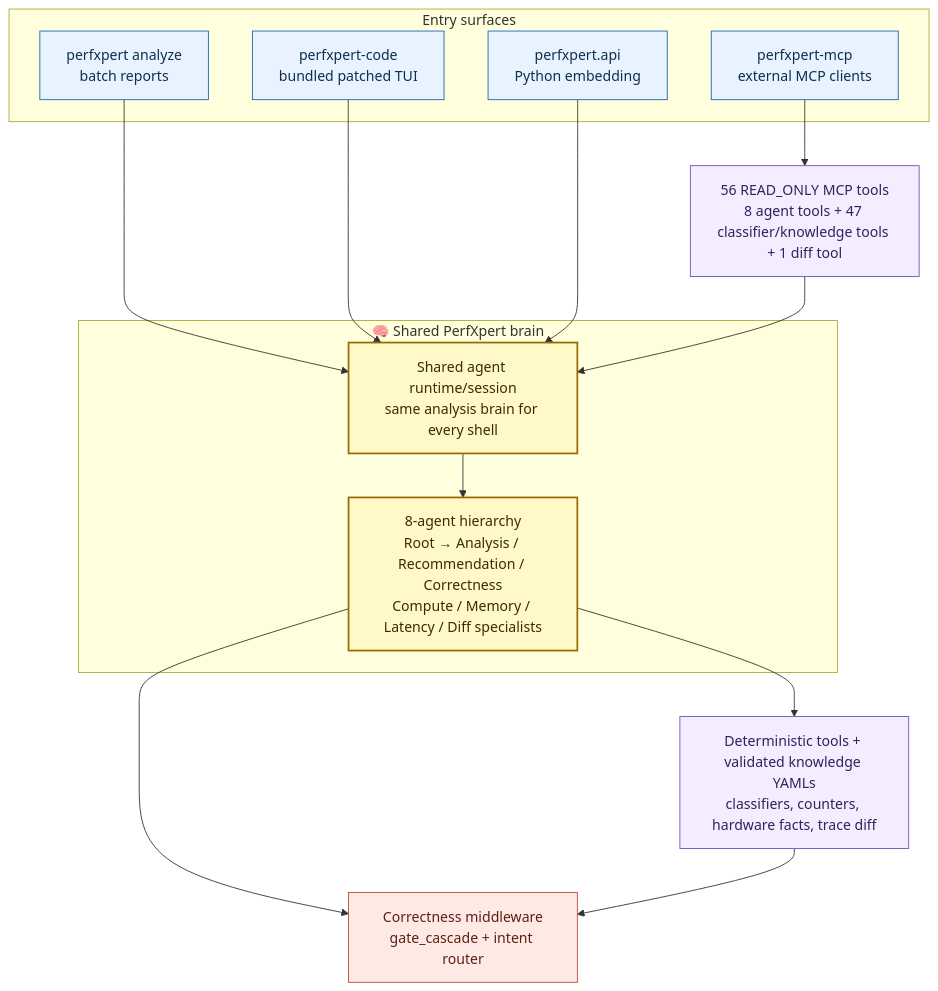
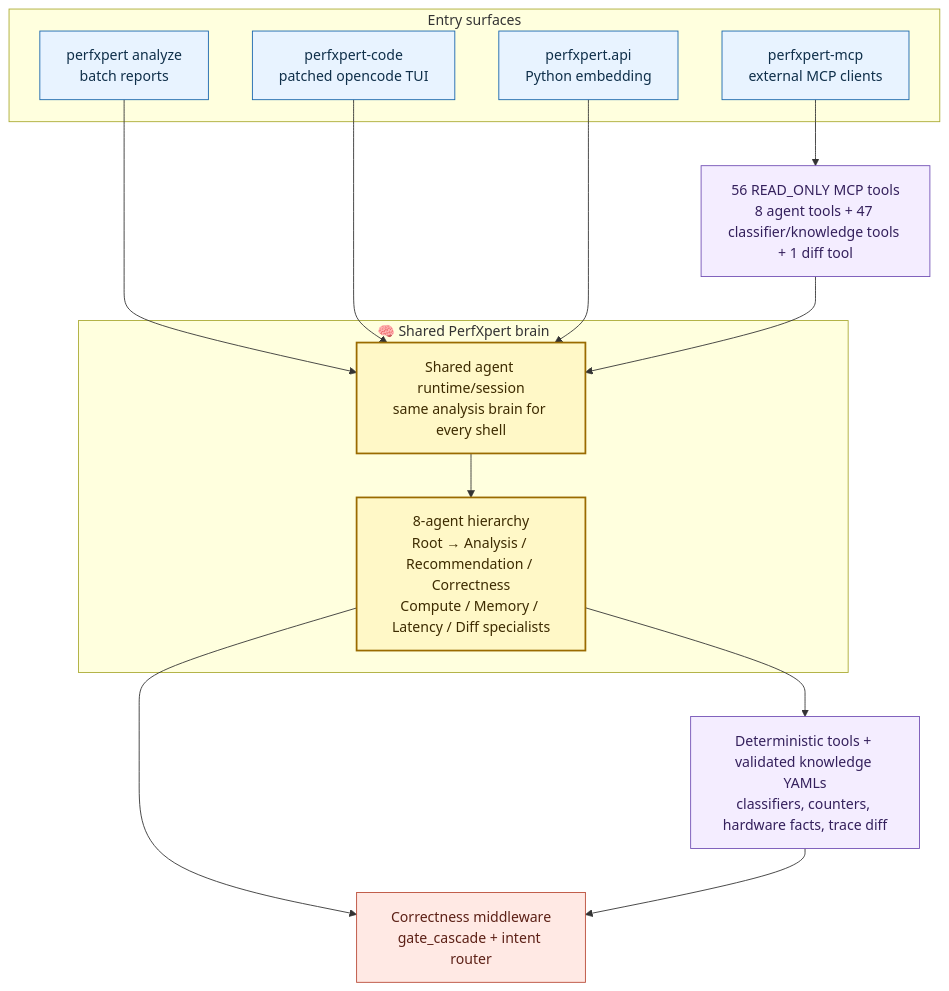
The diagram in experimental/python/perfxpert/README.md (ROCm/rocm-systems), drawn with Mermaid before and after one commit. The commit also changed other lines of this file and 37 other files, not shown here.

Commit message:
perfxpert: remove bundled opencode binary path

````diff
--- a/experimental/python/perfxpert/README.md
+++ b/experimental/python/perfxpert/README.md
@@ -122,40 +123,40 @@
 ```mermaid
 flowchart TD
   classDef entry fill:#e8f3ff,stroke:#1664ad,color:#0f2f4a,stroke-width:1px
   classDef runtime fill:#fff4d8,stroke:#a66a00,color:#4a3100,stroke-width:1px
   classDef agent fill:#eaf8ef,stroke:#227343,color:#143b26,stroke-width:1px
   classDef brain fill:#fff8c7,stroke:#9a6b00,color:#3d2b00,stroke-width:2px
   classDef guard fill:#ffe9e4,stroke:#b94a36,color:#5c2016,stroke-width:1px
   classDef data fill:#f4edff,stroke:#7250b5,color:#34205c,stroke-width:1px
 
   subgraph entry["Entry surfaces"]
     analyze["perfxpert analyze<br/>batch reports"]
-    code["perfxpert-code<br/>bundled patched TUI"]
+    code["perfxpert-code<br/>patched opencode TUI"]
     mcp["perfxpert-mcp<br/>external MCP clients"]
     api["perfxpert.api<br/>Python embedding"]
   end
 
   subgraph brainSection["🧠 Shared PerfXpert brain"]
     runtime["Shared agent runtime/session<br/>same analysis brain for every shell"]
     hierarchy["8-agent hierarchy<br/>Root → Analysis / Recommendation / Correctness<br/>Compute / Memory / Latency / Diff specialists"]
   end
 
   knowledge["Deterministic tools + validated knowledge YAMLs<br/>classifiers, counters, hardware facts, trace diff"]
   gates["Correctness middleware<br/>gate_cascade + intent router"]
   readonly["56 READ_ONLY MCP tools<br/>8 agent tools + 47 classifier/knowledge tools + 1 diff tool"]
 
   analyze --> runtime
   code --> runtime
   api --> runtime
   mcp --> readonly
   readonly --> runtime
   runtime --> hierarchy
   hierarchy --> knowledge
   hierarchy --> gates
   knowledge --> gates
 
   class analyze,code,mcp,api entry
   class runtime,hierarchy brain
   class gates guard
   class knowledge,readonly data
 ```
````
